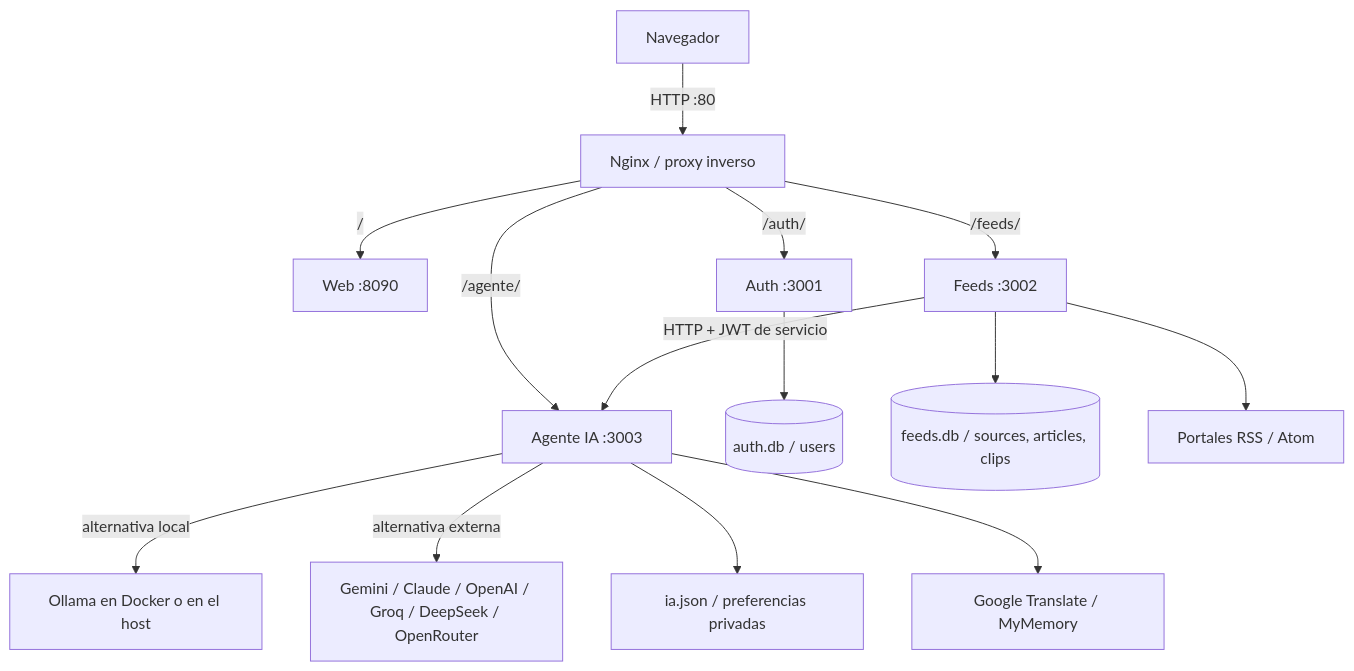
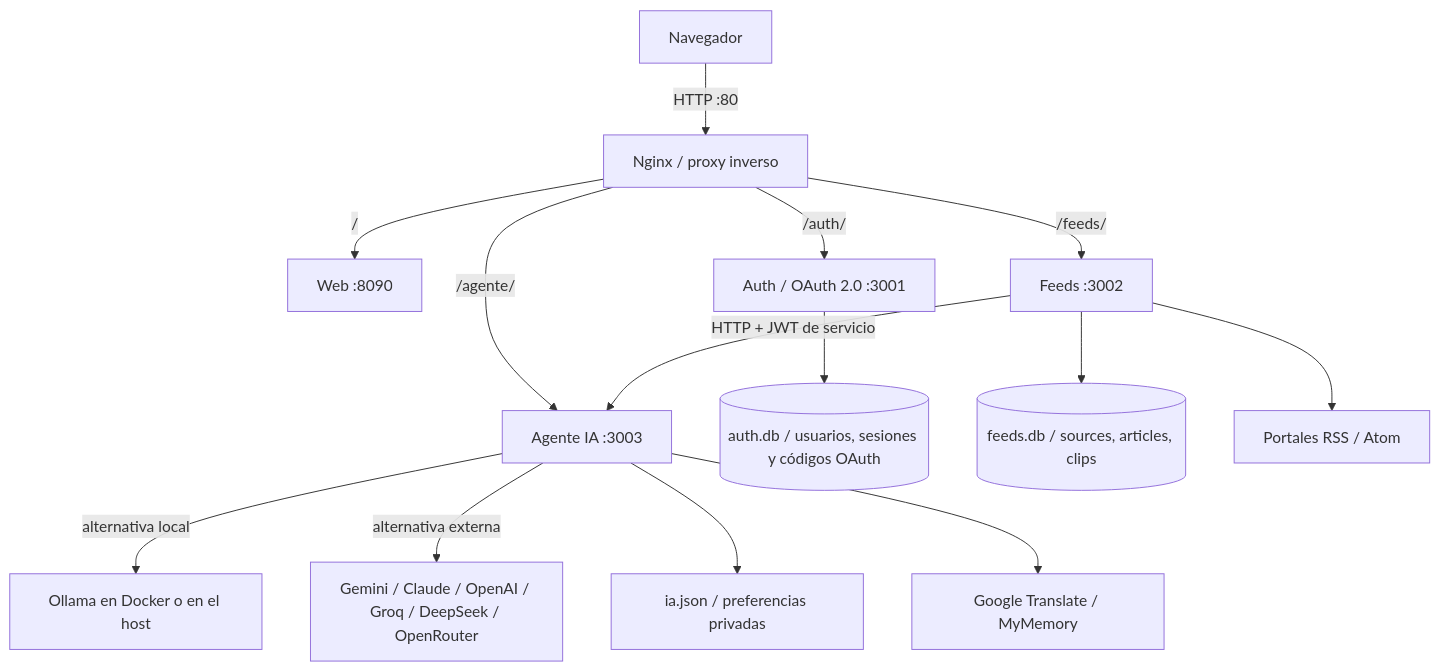
One commit to danny123uwu/News_IA_Plus changed the diagram in README.md. Above: the diagram before and after it, drawn with Mermaid. The commit also changed other lines of this file and 39 other files, not shown here.

First line of the commit message:
feat(auth): implementar OAuth 2.0 con PKCE y tokens JWT

````diff
--- a/README.md
+++ b/README.md
@@ -134,16 +134,16 @@
 ```mermaid
 flowchart TB
   U[Navegador] -->|HTTP :80| N[Nginx / proxy inverso]
   N -->|/| W[Web :8090]
-  N -->|/auth/| A[Auth :3001]
+  N -->|/auth/| A[Auth / OAuth 2.0 :3001]
   N -->|/feeds/| F[Feeds :3002]
   N -->|/agente/| I[Agente IA :3003]
-  A --> DB1[(auth.db / users)]
+  A --> DB1[(auth.db / usuarios, sesiones y códigos OAuth)]
   F --> DB2[(feeds.db / sources, articles, clips)]
   F -->|HTTP + JWT de servicio| I
   F --> RSS[Portales RSS / Atom]
   I -->|alternativa local| O[Ollama en Docker o en el host]
   I -->|alternativa externa| API[Gemini / Claude / OpenAI / Groq / DeepSeek / OpenRouter]
   I --> CFG[ia.json / preferencias privadas]
   I --> TR[Google Translate / MyMemory]
 ```
````
